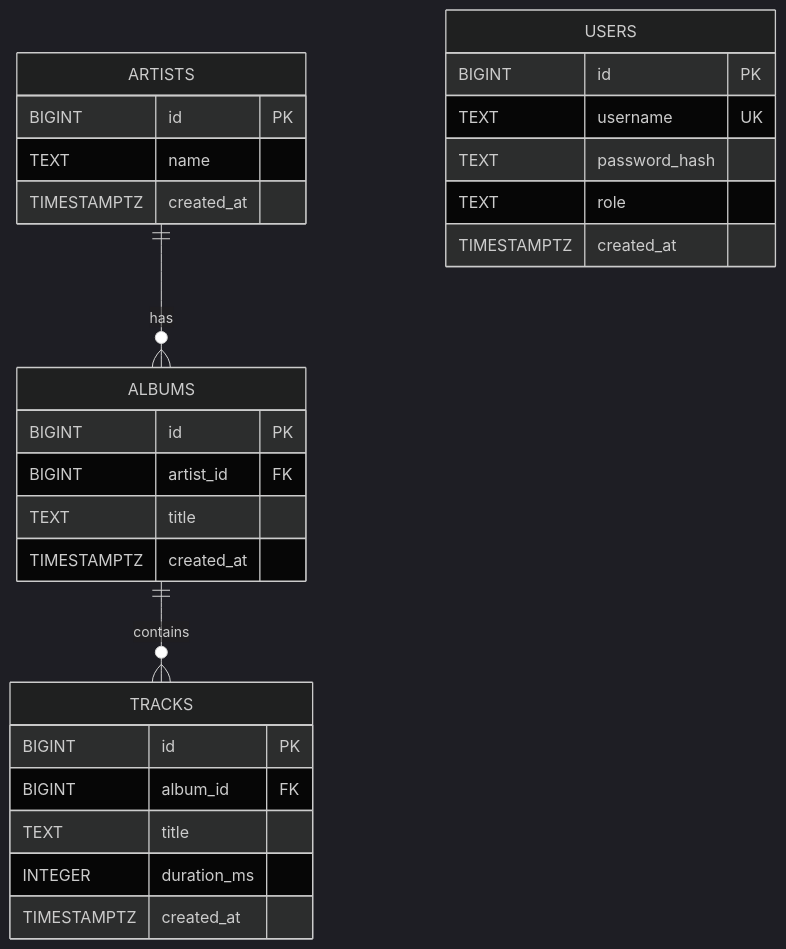
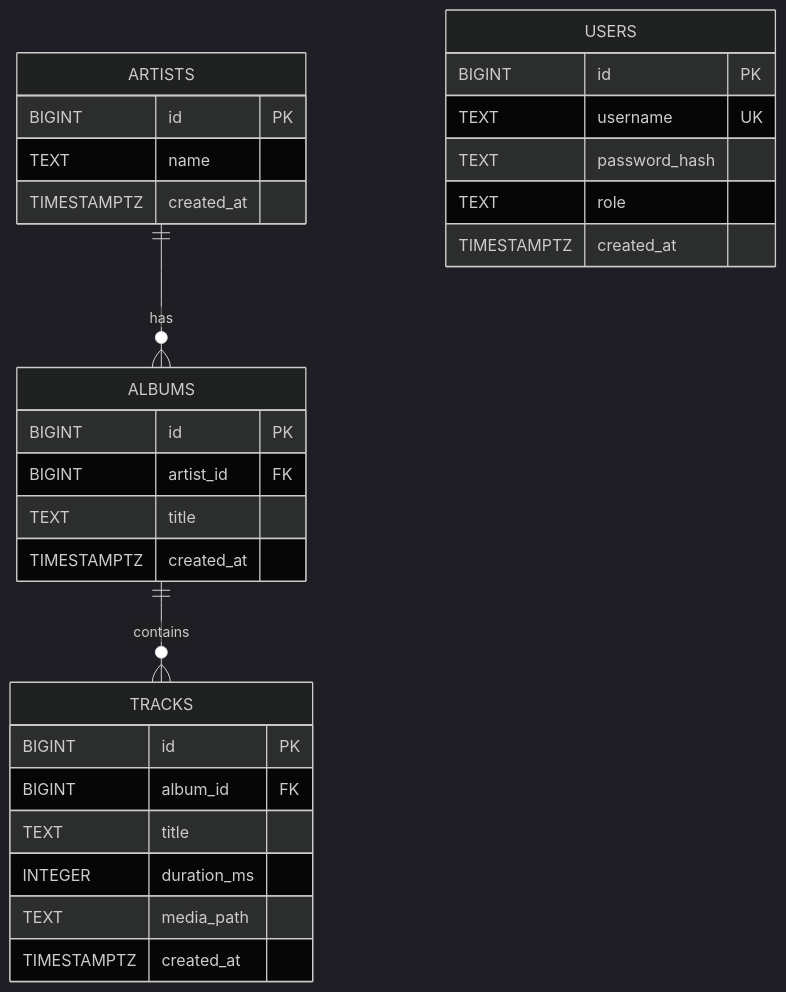
The diagram in README.md (CPSC-491-Soundwave/Soundwave-Live-Version), drawn with Mermaid (dark theme) before and after one commit. The commit also changed other lines of this file and 4 other files, not shown here.

````diff
--- a/README.md
+++ b/README.md
@@ -2070,59 +2819,60 @@
-```mermaid
+``` mermaid
 
 erDiagram
 
     ARTISTS ||--o{ ALBUMS : has
 
     ALBUMS ||--o{ TRACKS : contains
 
     ARTISTS {
 
         BIGINT id PK
 
         TEXT name
 
         TIMESTAMPTZ created_at
 
     }
 
     ALBUMS {
 
         BIGINT id PK
 
         BIGINT artist_id FK
 
         TEXT title
 
         TIMESTAMPTZ created_at
 
     }
 
     TRACKS {
 
         BIGINT id PK
 
         BIGINT album_id FK
 
         TEXT title
 
         INTEGER duration_ms
 
+        TEXT media_path
+
         TIMESTAMPTZ created_at
 
     }
 
     USERS {
 
         BIGINT id PK
 
         TEXT username UK
 
         TEXT password_hash
 
         TEXT role
 
         TIMESTAMPTZ created_at
 
     }
-
 ```
````
